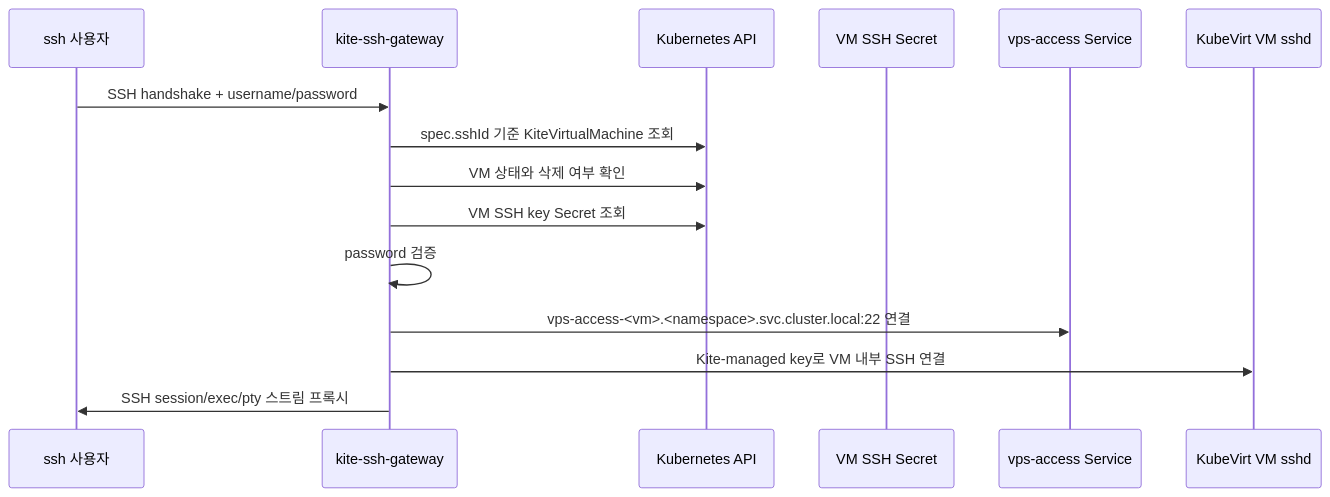
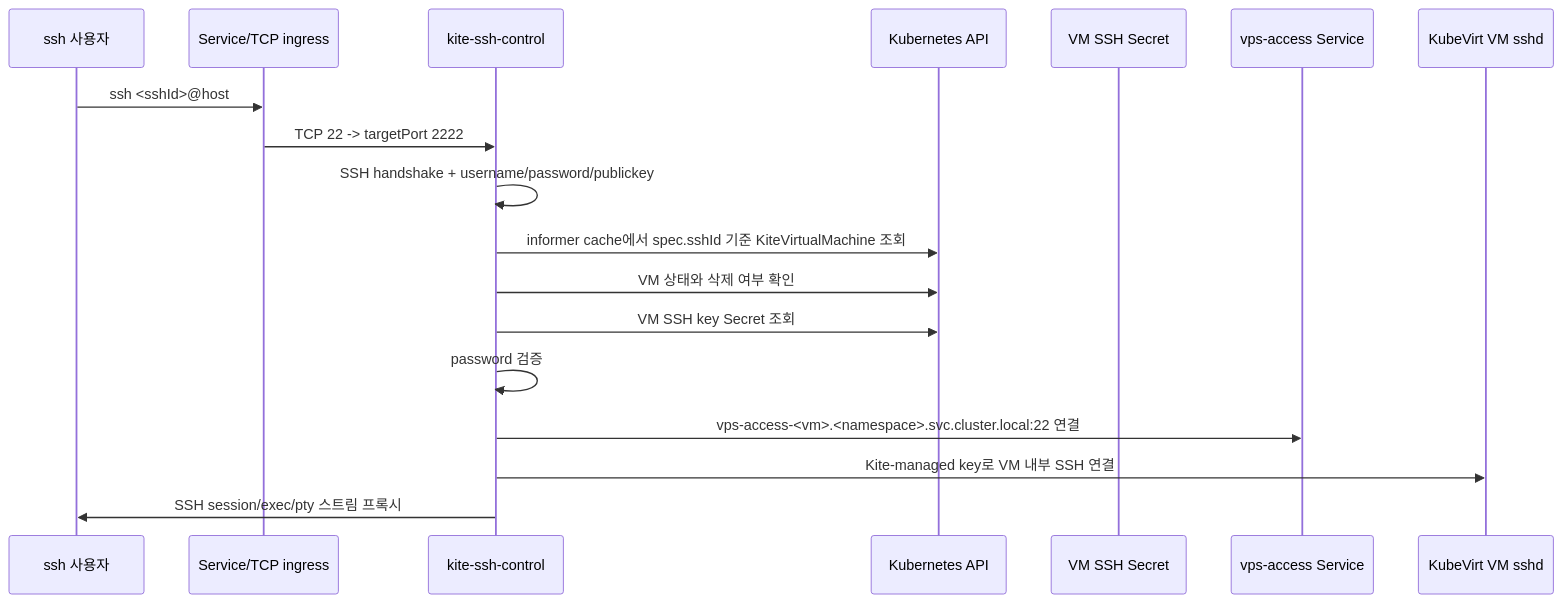
The diagram in TODO.md (Hy3ons/KiteVirtualMachines), drawn with Mermaid before and after one commit. The commit also changed other lines of this file and 7 other files, not shown here.

````diff
--- a/TODO.md
+++ b/TODO.md
@@ -126,18 +195,21 @@
 ```mermaid
 sequenceDiagram
     participant Client as ssh 사용자
-    participant Gateway as kite-ssh-gateway
+    participant SVC0 as Service/TCP ingress
+    participant Gateway as kite-ssh-control
     participant API as Kubernetes API
     participant Secret as VM SSH Secret
     participant SVC as vps-access Service
     participant VM as KubeVirt VM sshd
 
-    Client->>Gateway: SSH handshake + username/password
-    Gateway->>API: spec.sshId 기준 KiteVirtualMachine 조회
+    Client->>SVC0: ssh <sshId>@host
+    SVC0->>Gateway: TCP 22 -> targetPort 2222
+    Gateway->>Gateway: SSH handshake + username/password/publickey
+    Gateway->>API: informer cache에서 spec.sshId 기준 KiteVirtualMachine 조회
     Gateway->>API: VM 상태와 삭제 여부 확인
     Gateway->>API: VM SSH key Secret 조회
     Gateway->>Gateway: password 검증
     Gateway->>SVC: vps-access-<vm>.<namespace>.svc.cluster.local:22 연결
     Gateway->>VM: Kite-managed key로 VM 내부 SSH 연결
     Gateway->>Client: SSH session/exec/pty 스트림 프록시
 ```
````
